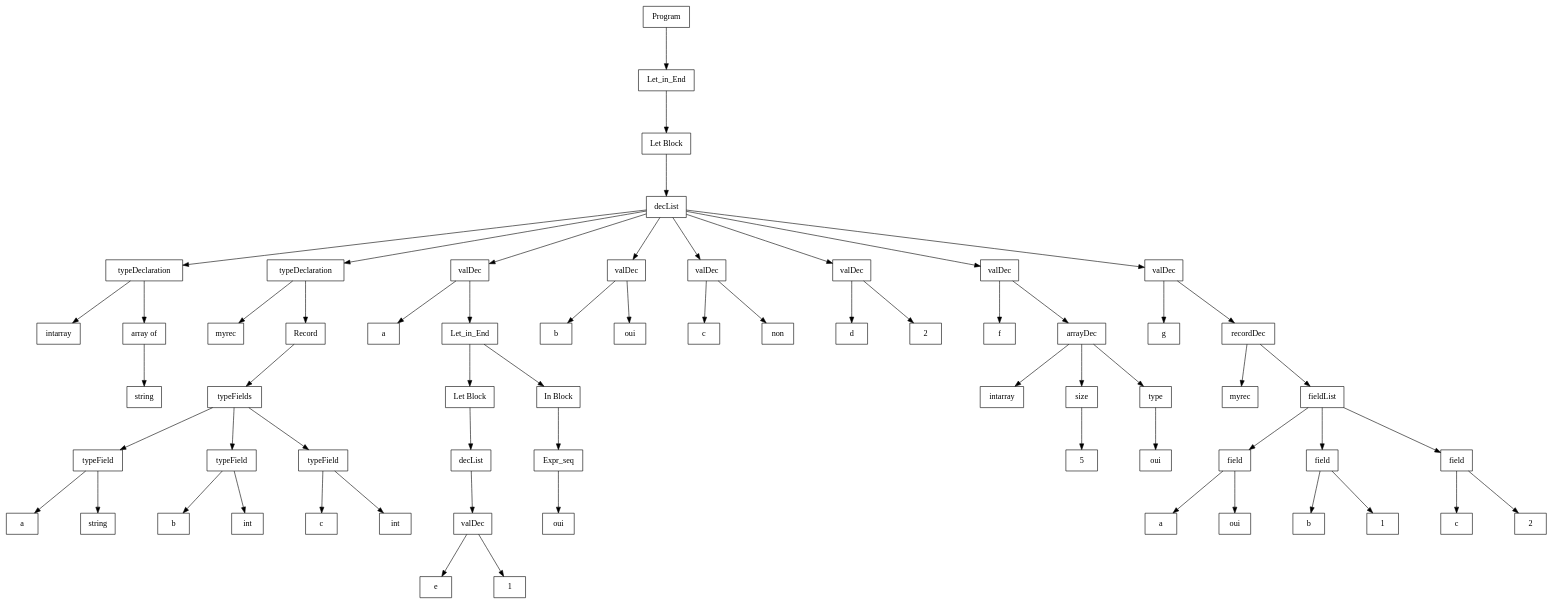
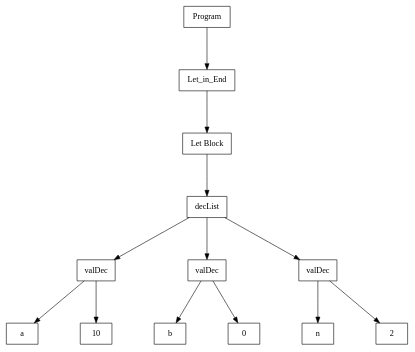
Before and after one commit to fl3ur1nestimable/tiger-compiler: the diagram in out/tree.dot, drawn with Graphviz. The commit also changed 5 other files, not shown here.

```diff
--- a/out/tree.dot
+++ b/out/tree.dot
@@ -1,132 +1,32 @@
 digraph "ast"{
 
 	nodesep=1;
 	ranksep=1;
 
 	N2 [label="Let Block", shape="box"];
 	N3 [label="decList", shape="box"];
-	N4 [label="typeDeclaration", shape="box"];
-	N5 [label="intarray", shape="box"];
-	N6 [label="array of", shape="box"];
-	N7 [label="string", shape="box"];
-	N8 [label="typeDeclaration", shape="box"];
-	N9 [label="myrec", shape="box"];
-	N10 [label="Record", shape="box"];
-	N11 [label="typeFields", shape="box"];
-	N12 [label="typeField", shape="box"];
-	N13 [label="a", shape="box"];
-	N14 [label="string", shape="box"];
-	N15 [label="typeField", shape="box"];
-	N16 [label="b", shape="box"];
-	N17 [label="int", shape="box"];
-	N18 [label="typeField", shape="box"];
-	N19 [label="c", shape="box"];
-	N20 [label="int", shape="box"];
-	N21 [label="valDec", shape="box"];
-	N22 [label="a", shape="box"];
-	N24 [label="Let Block", shape="box"];
-	N25 [label="decList", shape="box"];
-	N26 [label="valDec", shape="box"];
-	N27 [label="e", shape="box"];
-	N28 [label="1", shape="box"];
-	N23 [label="Let_in_End", shape="box"];
-	N29 [label="In Block", shape="box"];
-	N30 [label="Expr_seq", shape="box"];
-	N31 [label="oui", shape="box"];
-	N32 [label="valDec", shape="box"];
-	N33 [label="b", shape="box"];
-	N34 [label="oui", shape="box"];
-	N35 [label="valDec", shape="box"];
-	N36 [label="c", shape="box"];
-	N37 [label="non", shape="box"];
-	N38 [label="valDec", shape="box"];
-	N39 [label="d", shape="box"];
-	N40 [label="2", shape="box"];
-	N41 [label="valDec", shape="box"];
-	N42 [label="f", shape="box"];
-	N43 [label="arrayDec", shape="box"];
-	N44 [label="intarray", shape="box"];
-	N45 [label="5", shape="box"];
-	N46 [label="size", shape="box"];
-	N47 [label="oui", shape="box"];
-	N48 [label="type", shape="box"];
-	N49 [label="valDec", shape="box"];
-	N50 [label="g", shape="box"];
-	N51 [label="recordDec", shape="box"];
-	N52 [label="myrec", shape="box"];
-	N53 [label="fieldList", shape="box"];
-	N54 [label="field", shape="box"];
-	N55 [label="a", shape="box"];
-	N56 [label="oui", shape="box"];
-	N57 [label="field", shape="box"];
-	N58 [label="b", shape="box"];
-	N59 [label="1", shape="box"];
-	N60 [label="field", shape="box"];
-	N61 [label="c", shape="box"];
-	N62 [label="2", shape="box"];
+	N4 [label="valDec", shape="box"];
+	N5 [label="a", shape="box"];
+	N6 [label="10", shape="box"];
+	N7 [label="valDec", shape="box"];
+	N8 [label="b", shape="box"];
+	N9 [label="0", shape="box"];
+	N10 [label="valDec", shape="box"];
+	N11 [label="n", shape="box"];
+	N12 [label="2", shape="box"];
 	N1 [label="Let_in_End", shape="box"];
 	N0 [label="Program", shape="box"];
 
-	N6 -> N7; 
 	N4 -> N5; 
 	N4 -> N6; 
 	N3 -> N4; 
-	N12 -> N13; 
-	N12 -> N14; 
-	N11 -> N12; 
-	N15 -> N16; 
-	N15 -> N17; 
-	N11 -> N15; 
-	N18 -> N19; 
-	N18 -> N20; 
-	N11 -> N18; 
+	N7 -> N8; 
+	N7 -> N9; 
+	N3 -> N7; 
 	N10 -> N11; 
-	N8 -> N9; 
-	N8 -> N10; 
-	N3 -> N8; 
-	N26 -> N27; 
-	N26 -> N28; 
-	N25 -> N26; 
-	N23 -> N24; 
-	N24 -> N25; 
-	N23 -> N29; 
-	N30 -> N31; 
-	N29 -> N30; 
-	N21 -> N22; 
-	N21 -> N23; 
-	N3 -> N21; 
-	N32 -> N33; 
-	N32 -> N34; 
-	N3 -> N32; 
-	N35 -> N36; 
-	N35 -> N37; 
-	N3 -> N35; 
-	N38 -> N39; 
-	N38 -> N40; 
-	N3 -> N38; 
-	N43 -> N44; 
-	N43 -> N46; 
-	N46 -> N45; 
-	N43 -> N48; 
-	N48 -> N47; 
-	N41 -> N42; 
-	N41 -> N43; 
-	N3 -> N41; 
-	N51 -> N52; 
-	N54 -> N55; 
-	N54 -> N56; 
-	N53 -> N54; 
-	N57 -> N58; 
-	N57 -> N59; 
-	N53 -> N57; 
-	N60 -> N61; 
-	N60 -> N62; 
-	N53 -> N60; 
-	N51 -> N53; 
-	N49 -> N50; 
-	N49 -> N51; 
-	N3 -> N49; 
+	N10 -> N12; 
+	N3 -> N10; 
 	N1 -> N2; 
 	N2 -> N3; 
 	N0 -> N1; 
 }
```
